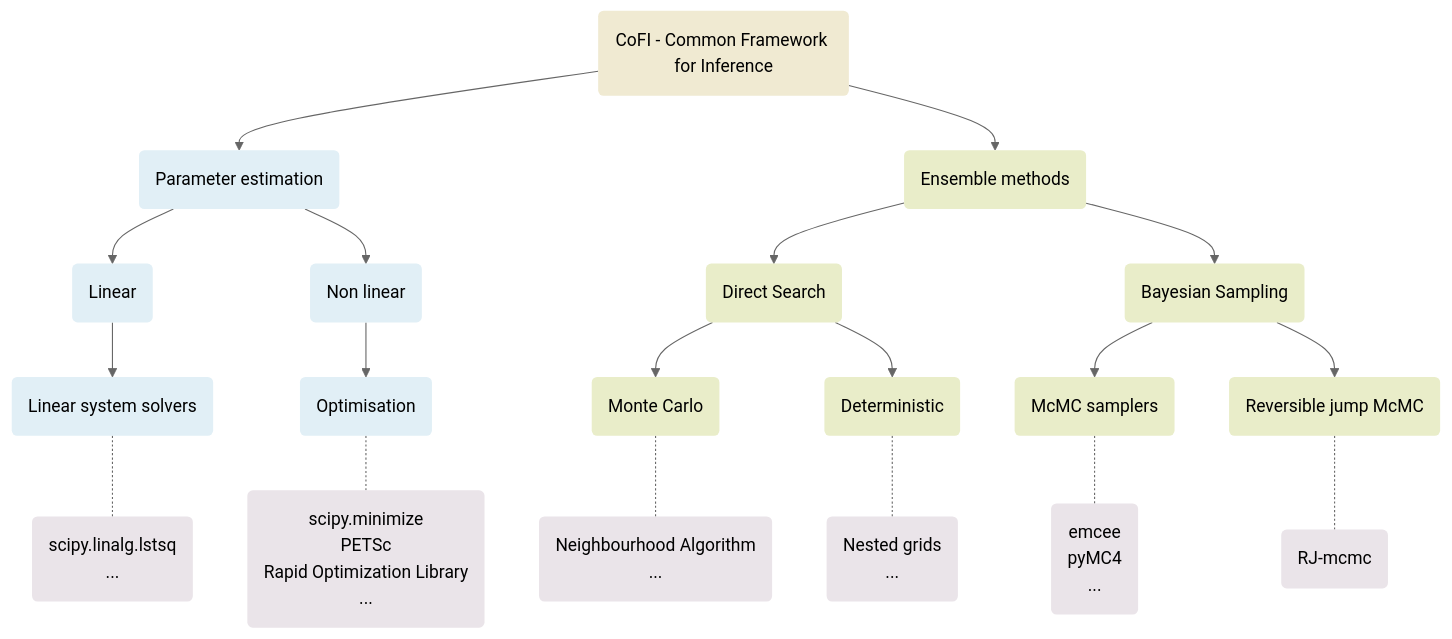
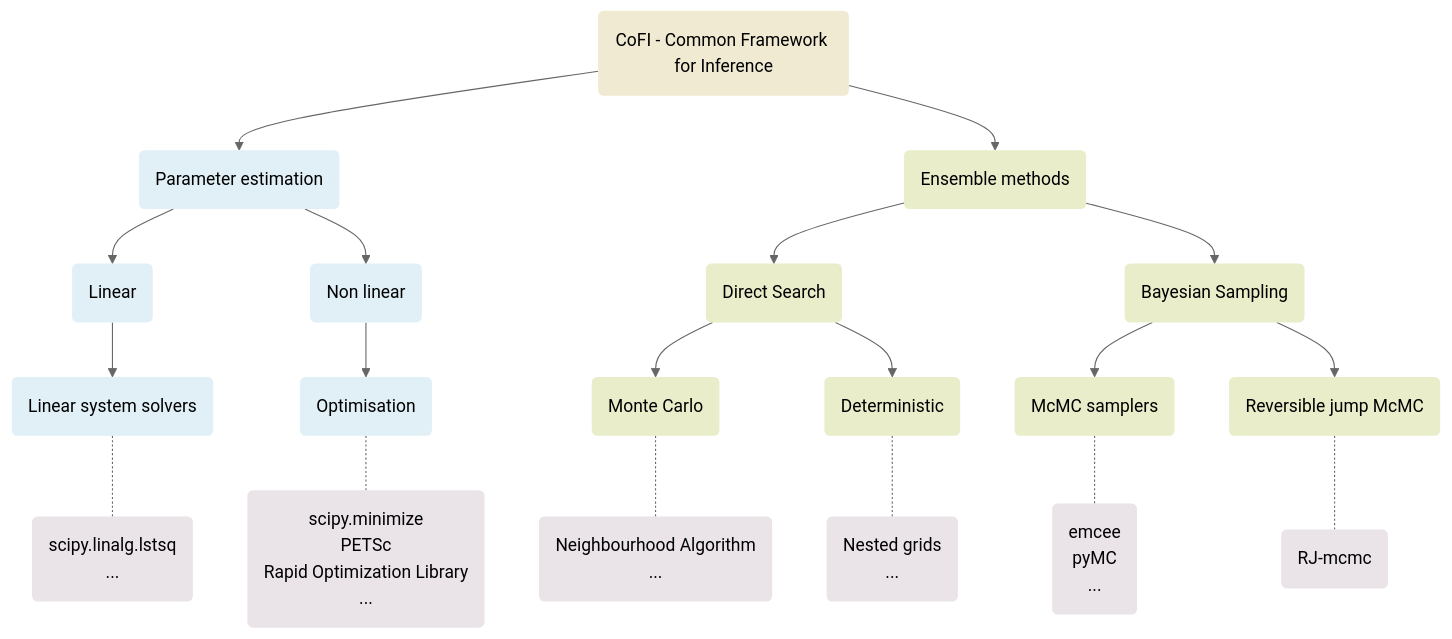
Before and after one commit to inlab-geo/cofi: the diagram in docs/index.rst, drawn with Mermaid (neutral theme). The commit also changed other lines of this file and 1 other file, not shown here.

Commit message:
docs: changes from Juerg's advice

```diff
--- a/docs/index.rst
+++ b/docs/index.rst
@@ -24,47 +24,47 @@
 .. mermaid::
 
     graph TD;
         cofi(CoFI - Common Framework for Inference):::cls_cofi;
         parameter_estimation(Parameter estimation):::cls_parameter_estimation;
         linear(Linear):::cls_parameter_estimation;
         non_linear(Non linear):::cls_parameter_estimation;
         linear_system_solvers(Linear system solvers):::cls_parameter_estimation;
         linear_solverlist(scipy.linalg.lstsq <br> ...):::cls_solvers;
         optimisation(Optimisation):::cls_parameter_estimation;
         opt_solverlist(scipy.minimize <br> PETSc <br> Rapid Optimization Library<br>...):::cls_solvers;
         ensemble_methods(Ensemble methods):::cls_ensemble_methods;
         direct_search(Direct Search):::cls_ensemble_methods;
         amc(Monte Carlo):::cls_ensemble_methods;
         amc_solverlist(Neighbourhood Algorithm <br> ...):::cls_solvers;
         ng(Deterministic):::cls_ensemble_methods;
         ng_solverlist(Nested grids <br> ...):::cls_solvers;
         bs(Bayesian Sampling):::cls_ensemble_methods;
         mcmc(McMC samplers):::cls_ensemble_methods;
-        mcmc_solverlist(emcee <br> pyMC4 <br> ...):::cls_solvers;
+        mcmc_solverlist(emcee <br> pyMC <br> ...):::cls_solvers;
         rjmcmc(Reversible jump McMC):::cls_ensemble_methods;
         rjmcmc_solverlist(RJ-mcmc):::cls_solvers;
 
         cofi --> parameter_estimation;
         parameter_estimation --> linear;
         linear --> linear_system_solvers;
         linear_system_solvers -.- linear_solverlist;
         parameter_estimation --> non_linear;
         non_linear --> optimisation;
         optimisation -.- opt_solverlist;
 
         cofi --> ensemble_methods;
         ensemble_methods --> direct_search;
         direct_search --> amc;
         amc -.- amc_solverlist;
         direct_search --> ng;
         ng -.- ng_solverlist;
         ensemble_methods --> bs;  
         bs --> mcmc;
         mcmc -.- mcmc_solverlist;
         bs --> rjmcmc;
         rjmcmc -.- rjmcmc_solverlist;
 
     classDef cls_cofi fill:#f0ead2, stroke-width:0;
     classDef cls_parameter_estimation fill:#e1eff6, stroke-width:0;
     classDef cls_ensemble_methods fill:#e9edc9, stroke-width:0;
     classDef cls_solvers fill:#eae4e9, stroke-width:0;
```
